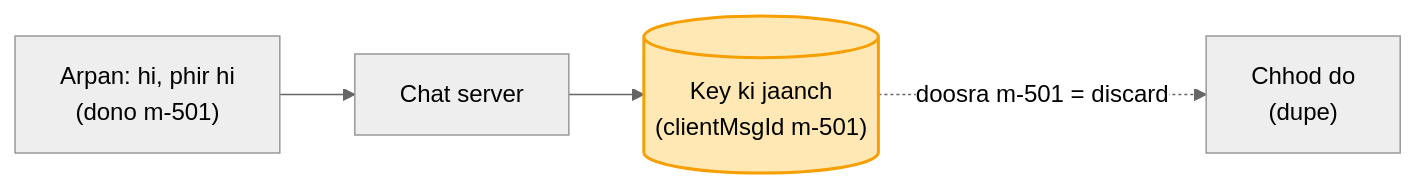
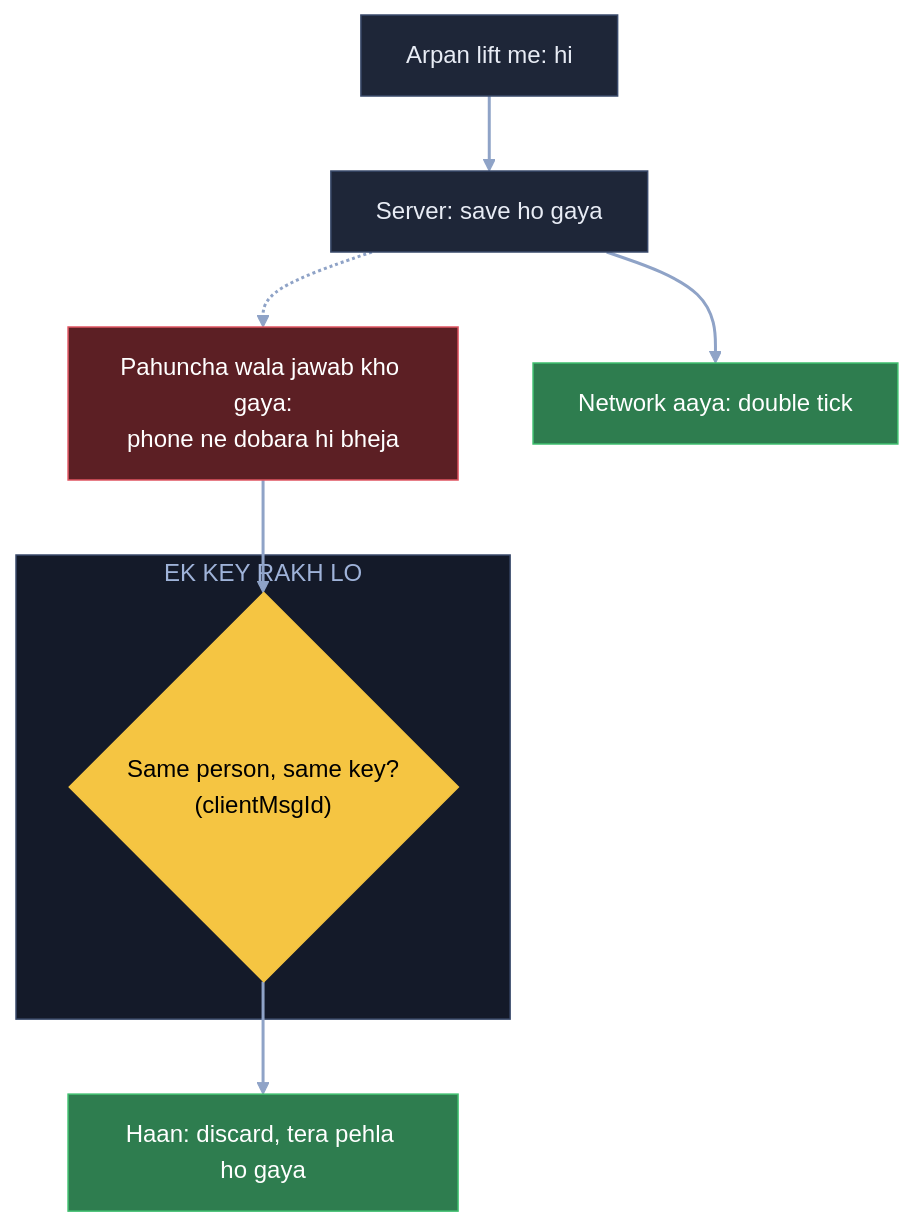
Before and after one commit to ArpanMaheshwari144/Prep: the sixth of 12 diagrams in 04_HLD/SYSTEM_DESIGNS/14_chat_messaging/14_chat_messaging.md, drawn with Mermaid (neutral theme). The commit also changed other lines of this file, not shown here.

Commit message:
Chat: 12 diagram hand notes ke shabdon se

````diff
--- a/04_HLD/SYSTEM_DESIGNS/14_chat_messaging/14_chat_messaging.md
+++ b/04_HLD/SYSTEM_DESIGNS/14_chat_messaging/14_chat_messaging.md
@@ -127,7 +182,22 @@
 ```mermaid
-flowchart LR
-    A["Arpan: hi, phir hi<br/>(dono m-501)"] --> S["Chat server"]
-    S --> D[("Key ki jaanch<br/>(clientMsgId m-501)")]
-    D -. "doosra m-501 = discard" .-> X["Chhod do<br/>(dupe)"]
-    style D fill:#ffe8b3,stroke:#f59f00,stroke-width:2px,color:#000
+flowchart TB
+    A["Arpan lift me: hi"]:::card
+    S["Server: save ho gaya"]:::card
+    X["Pahuncha wala jawab kho gaya:<br/>phone ne dobara hi bheja"]:::bad
+    subgraph KY["EK KEY RAKH LO"]
+        K{"Same person, same key?<br/>(clientMsgId)"}:::pill
+    end
+    D["Haan: discard, tera pehla ho gaya"]:::good
+    T["Network aaya: double tick"]:::good
+    A --> S
+    S -.-> X
+    X --> K
+    K --> D
+    S --> T
+    linkStyle default stroke:#8fa3c7,stroke-width:2px
+    classDef card fill:#1e2638,stroke:#3a4a6b,color:#e8ecf5
+    classDef pill fill:#f5c542,stroke:#f5c542,color:#000
+    classDef good fill:#2e7d4f,stroke:#3fbf6f,color:#fff
+    classDef bad fill:#5c1f24,stroke:#e05561,color:#fff
+    style KY fill:#141a29,stroke:#3a4a6b,color:#9fb3d9
 ```
````
